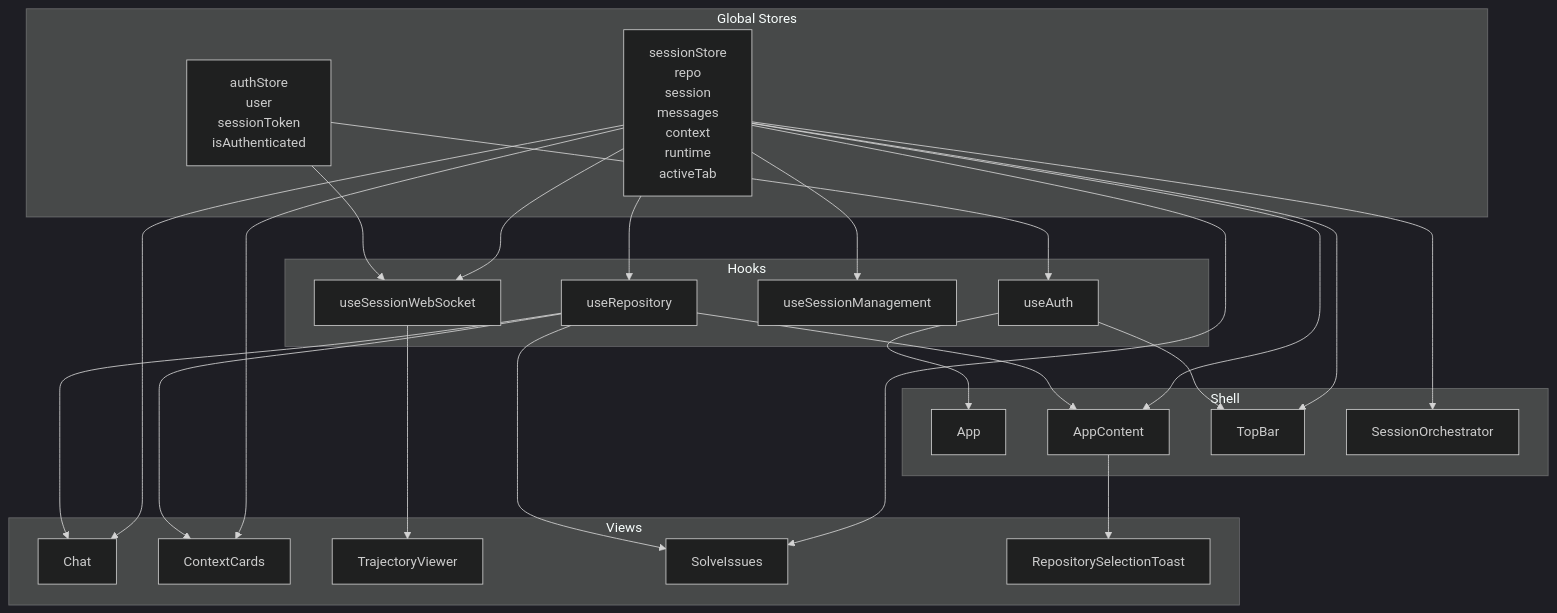
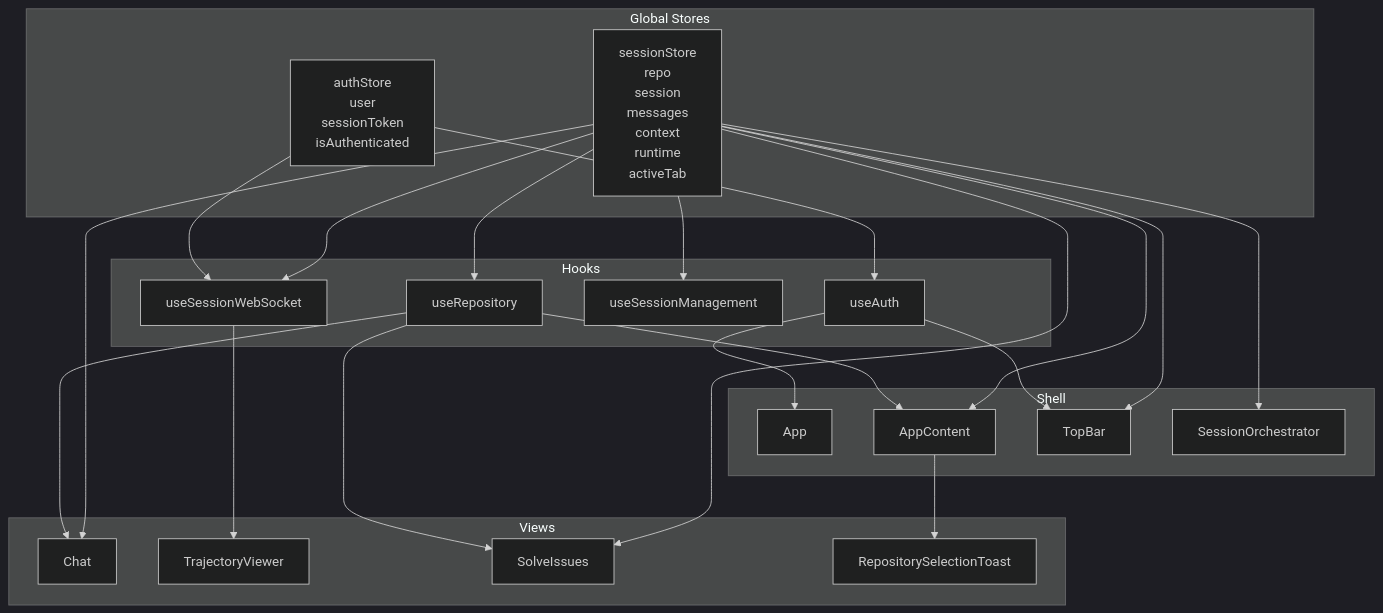
One commit to pranay5255/YudaiV3 changed the second of 7 diagrams in docs/frontend-architecture.md. Above: the diagram before and after it, drawn with Mermaid (dark theme). The commit also changed other lines of this file and 14 other files, not shown here.

````diff
--- a/docs/frontend-architecture.md
+++ b/docs/frontend-architecture.md
@@ -373,52 +358,49 @@
 ```mermaid
 flowchart TD
     subgraph Global Stores
         AuthStore[authStore\nuser\nsessionToken\nisAuthenticated]
         SessionStore[sessionStore\nrepo\nsession\nmessages\ncontext\nruntime\nactiveTab]
     end
 
     subgraph Hooks
         UseAuth[useAuth]
         UseRepo[useRepository]
         UseSessionMgmt[useSessionManagement]
         UseSessionWs[useSessionWebSocket]
     end
 
     subgraph Shell
         App[App]
         AppContent[AppContent]
         TopBar[TopBar]
         SessionOrchestrator[SessionOrchestrator]
     end
 
     subgraph Views
         Chat[Chat]
-        Context[ContextCards]
         Trajectory[TrajectoryViewer]
         Solve[SolveIssues]
         RepoToast[RepositorySelectionToast]
     end
 
     AuthStore --> UseAuth
     SessionStore --> UseRepo
     SessionStore --> UseSessionMgmt
     AuthStore --> UseSessionWs
     SessionStore --> UseSessionWs
 
     UseAuth --> App
     UseAuth --> TopBar
     UseRepo --> AppContent
     UseRepo --> Chat
-    UseRepo --> Context
     UseRepo --> Solve
 
     SessionStore --> AppContent
     SessionStore --> TopBar
     SessionStore --> SessionOrchestrator
     SessionStore --> Chat
-    SessionStore --> Context
     SessionStore --> Solve
 
     UseSessionWs --> Trajectory
     AppContent --> RepoToast
 ```
````
